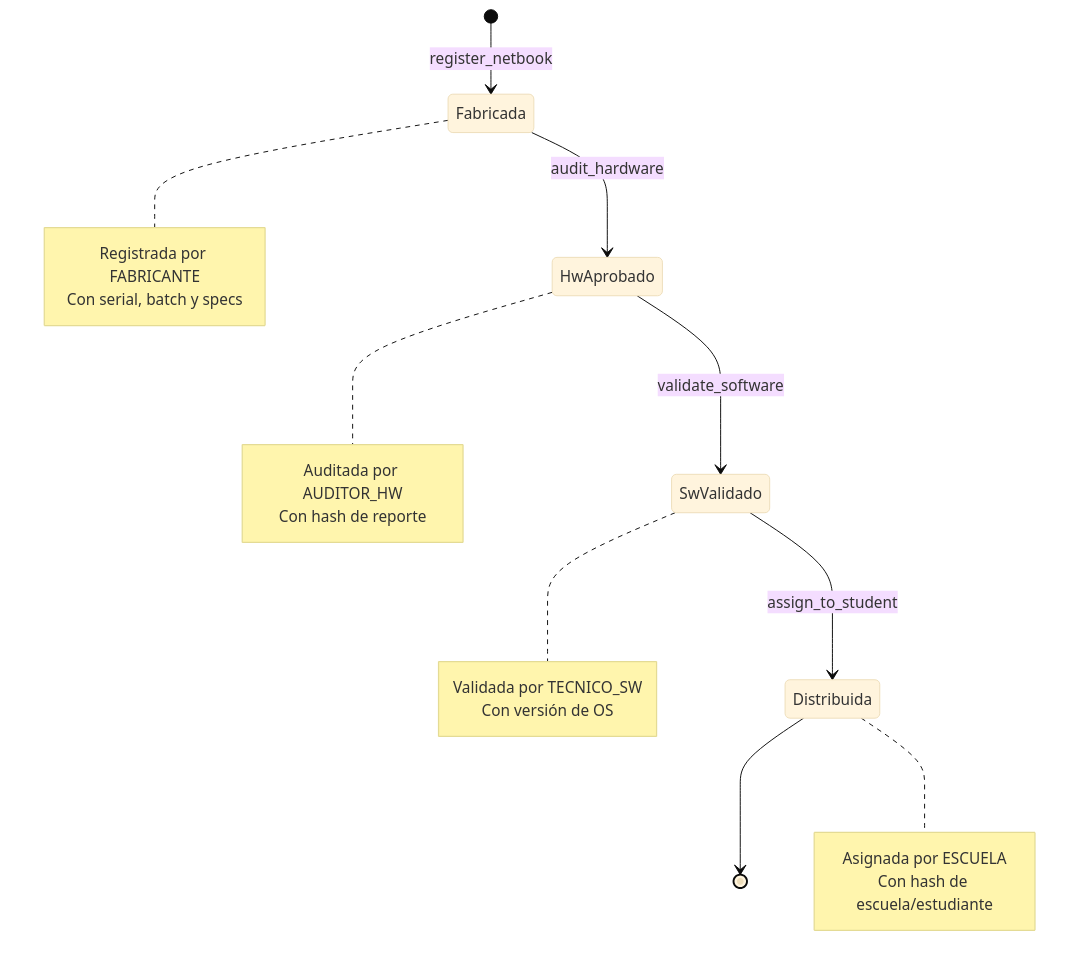
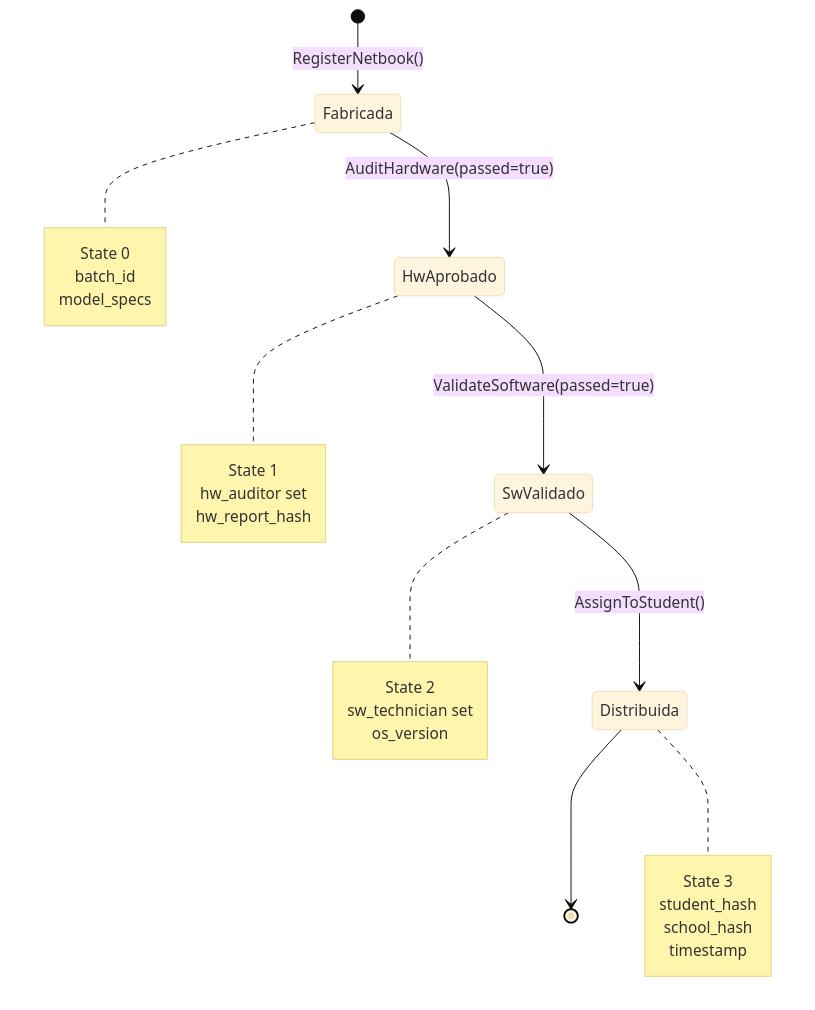
One commit to 87maxi/SupplyChainTracker-solana- changed the first of 18 diagrams in README.md. Above: the diagram before and after it, drawn with Mermaid (base theme). The commit also changed other lines of this file and 17 other files, not shown here.

First line of the commit message:
docs: comprehensive README with Mermaid diagrams, clean git from temporary files, update .gitignore

````diff
--- a/README.md
+++ b/README.md
@@ -185,28 +42,30 @@
 ```mermaid
 stateDiagram-v2
-    [*] --> Fabricada: register_netbook
-    Fabricada --> HwAprobado: audit_hardware
-    HwAprobado --> SwValidado: validate_software
-    SwValidado --> Distribuida: assign_to_student
+    [*] --> Fabricada: RegisterNetbook()
+    Fabricada --> HwAprobado: AuditHardware(passed=true)
+    HwAprobado --> SwValidado: ValidateSoftware(passed=true)
+    SwValidado --> Distribuida: AssignToStudent()
     Distribuida --> [*]
 
     note right of Fabricada
-        Registrada por FABRICANTE
-        Con serial, batch y specs
+        State 0
+        batch_id
+        model_specs
     end note
-
     note right of HwAprobado
-        Auditada por AUDITOR_HW
-        Con hash de reporte
+        State 1
+        hw_auditor set
+        hw_report_hash
     end note
-
     note right of SwValidado
-        Validada por TECNICO_SW
-        Con versión de OS
+        State 2
+        sw_technician set
+        os_version
     end note
-
     note right of Distribuida
-        Asignada por ESCUELA
-        Con hash de escuela/estudiante
+        State 3
+        student_hash
+        school_hash
+        timestamp
     end note
 ```
````
